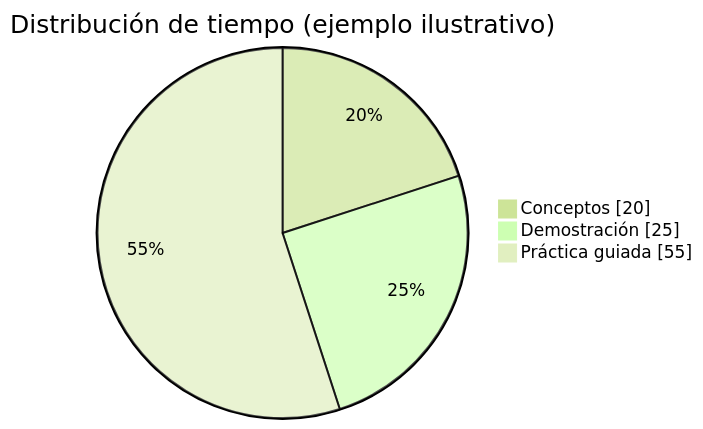
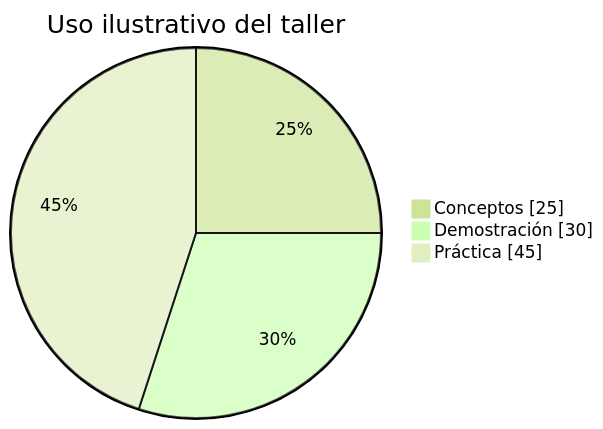
Before and after one commit to jorgektch/readme-to-slides: the fourth of 4 diagrams in README.md, drawn with Mermaid (forest theme). The commit also changed other lines of this file and 19 other files, not shown here.

````diff
--- a/README.md
+++ b/README.md
@@ -123,7 +236,7 @@
 ```mermaid
 pie showData
-    title Distribución de tiempo (ejemplo ilustrativo)
-    "Conceptos" : 20
-    "Demostración" : 25
-    "Práctica guiada" : 55
+    title Uso ilustrativo del taller
+    "Conceptos" : 25
+    "Demostración" : 30
+    "Práctica" : 45
 ```
````
